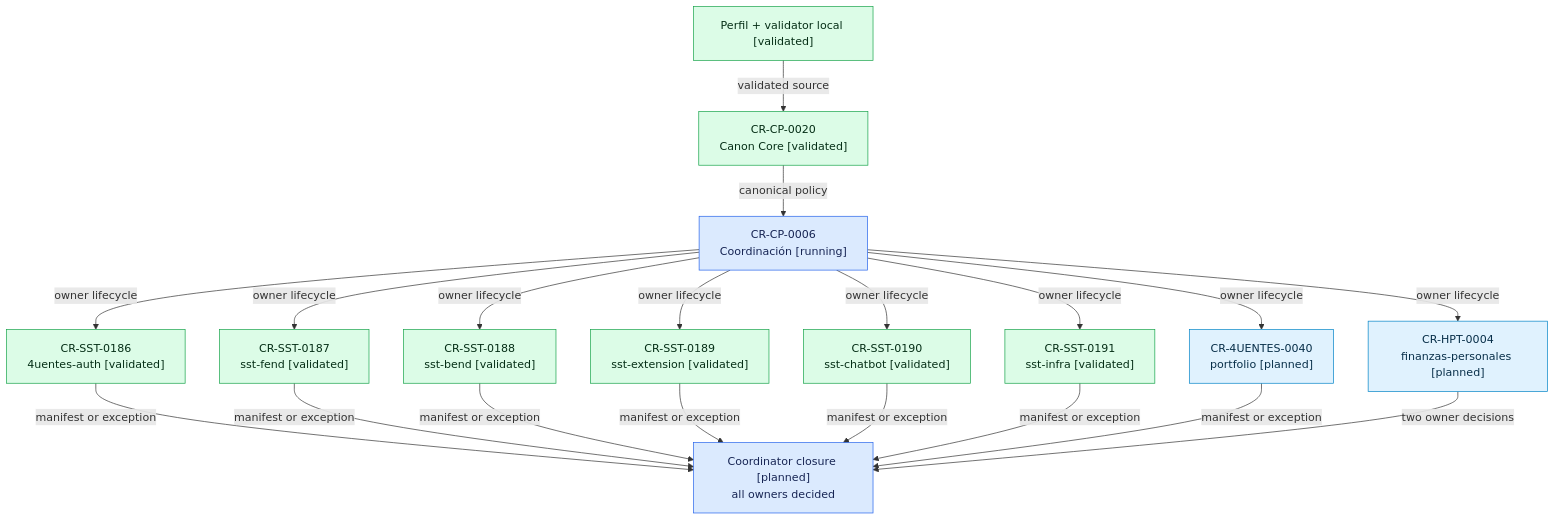
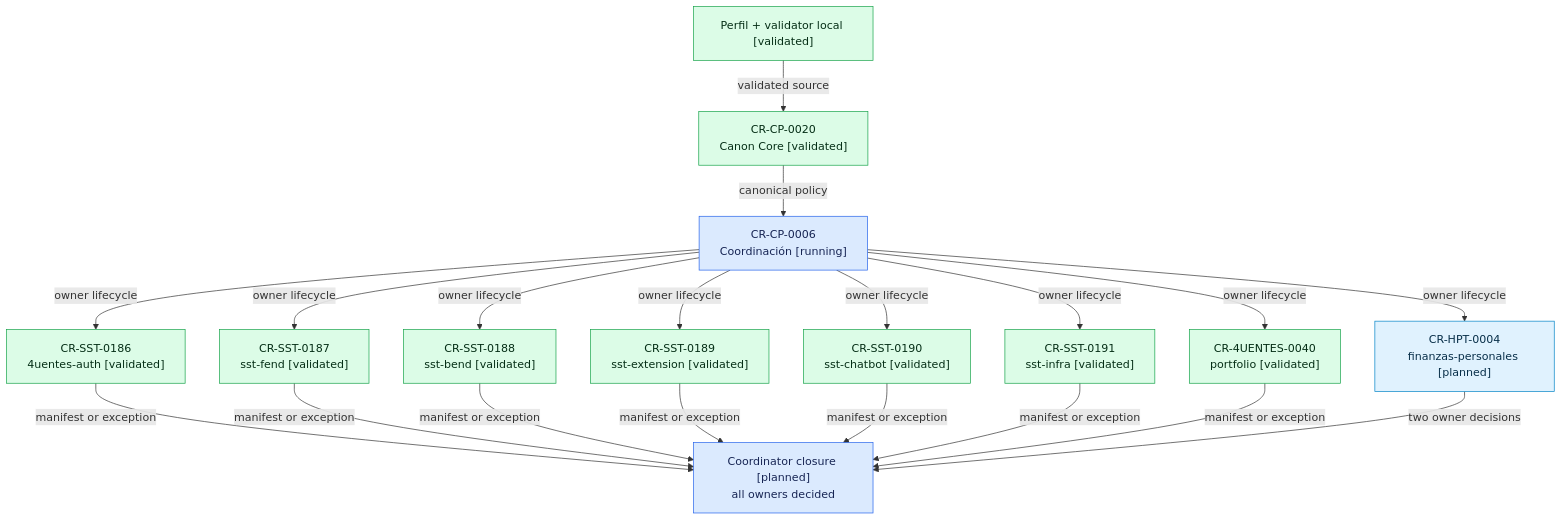
One commit to afpogo/4uentes-ards-control-plane changed the diagram in evidence/requests/CR-CP-0006/implementation-plan.md. Above: the diagram before and after it, drawn with Mermaid. The commit also changed other lines of this file and 4 other files, not shown here.

````diff
--- a/evidence/requests/CR-CP-0006/implementation-plan.md
+++ b/evidence/requests/CR-CP-0006/implementation-plan.md
@@ -43,43 +43,43 @@
 ```mermaid
 flowchart TD
     LOCAL["Perfil + validator local [validated]"]
     CORE["CR-CP-0020<br/>Canon Core [validated]"]
     COORD["CR-CP-0006<br/>Coordinación [running]"]
     AUTH["CR-SST-0186<br/>4uentes-auth [validated]"]
     FEND["CR-SST-0187<br/>sst-fend [validated]"]
     BEND["CR-SST-0188<br/>sst-bend [validated]"]
     EXT["CR-SST-0189<br/>sst-extension [validated]"]
     BOT["CR-SST-0190<br/>sst-chatbot [validated]"]
     INFRA["CR-SST-0191<br/>sst-infra [validated]"]
-    PORT["CR-4UENTES-0040<br/>portfolio [planned]"]
+    PORT["CR-4UENTES-0040<br/>portfolio [validated]"]
     HPT["CR-HPT-0004<br/>finanzas-personales [planned]"]
     CLOSE["Coordinator closure [planned]<br/>all owners decided"]
 
     LOCAL -->|"validated source"| CORE
     CORE -->|"canonical policy"| COORD
     COORD -->|"owner lifecycle"| AUTH
     COORD -->|"owner lifecycle"| FEND
     COORD -->|"owner lifecycle"| BEND
     COORD -->|"owner lifecycle"| EXT
     COORD -->|"owner lifecycle"| BOT
     COORD -->|"owner lifecycle"| INFRA
     COORD -->|"owner lifecycle"| PORT
     COORD -->|"owner lifecycle"| HPT
     AUTH -->|"manifest or exception"| CLOSE
     FEND -->|"manifest or exception"| CLOSE
     BEND -->|"manifest or exception"| CLOSE
     EXT -->|"manifest or exception"| CLOSE
     BOT -->|"manifest or exception"| CLOSE
     INFRA -->|"manifest or exception"| CLOSE
     PORT -->|"manifest or exception"| CLOSE
     HPT -->|"two owner decisions"| CLOSE
 
     classDef validated fill:#dcfce7,stroke:#16a34a,color:#052e16
     classDef planned fill:#e0f2fe,stroke:#0284c7,color:#082f49
     classDef coordinator fill:#dbeafe,stroke:#2563eb,color:#172554
     class LOCAL validated
     class CORE validated
-    class AUTH,FEND,BEND,EXT,BOT,INFRA validated
-    class PORT,HPT planned
+    class AUTH,FEND,BEND,EXT,BOT,INFRA,PORT validated
+    class HPT planned
     class COORD,CLOSE coordinator
 ```
````
